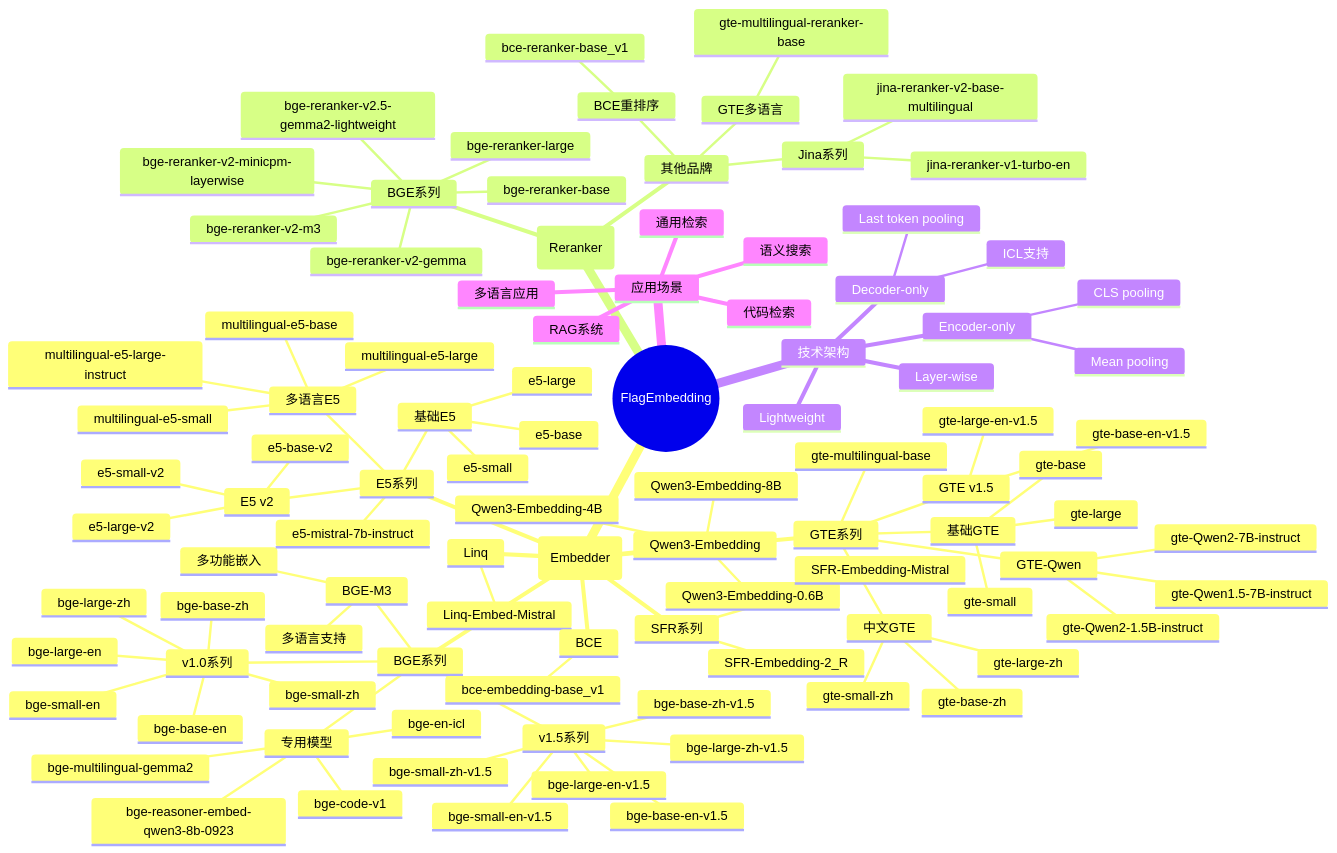
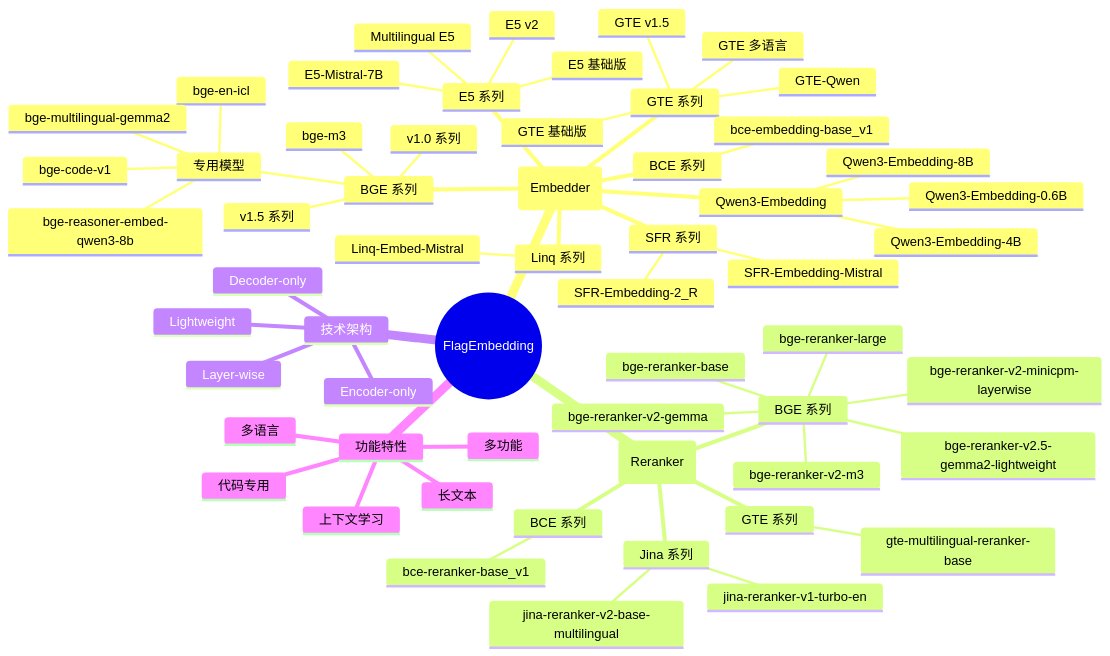
The first of 3 diagrams in ReadCode/08_model_survey.md (liangrui/FlagEmbedding), drawn with Mermaid before and after one commit. The commit also changed other lines of this file and 5 other files, not shown here.

````diff
--- a/ReadCode/08_model_survey.md
+++ b/ReadCode/08_model_survey.md
@@ -10,101 +53,60 @@
 mindmap
   root((FlagEmbedding))
     嵌入模型(Embedder)
-      BGE系列
-        v1.0系列
-          bge-large-en
-          bge-base-en
-          bge-small-en
-          bge-large-zh
-          bge-base-zh
-          bge-small-zh
-        v1.5系列
-          bge-large-en-v1.5
-          bge-base-en-v1.5
-          bge-small-en-v1.5
-          bge-large-zh-v1.5
-          bge-base-zh-v1.5
-          bge-small-zh-v1.5
-        BGE-M3
-          多功能嵌入
-          多语言支持
+      BGE 系列
+        bge-m3
+        v1.5 系列
+        v1.0 系列
         专用模型
           bge-code-v1
+          bge-en-icl
           bge-multilingual-gemma2
-          bge-en-icl
-          bge-reasoner-embed-qwen3-8b-0923
+          bge-reasoner-embed-qwen3-8b
       Qwen3-Embedding
         Qwen3-Embedding-0.6B
         Qwen3-Embedding-4B
         Qwen3-Embedding-8B
-      E5系列
-        基础E5
-          e5-large
-          e5-base
-          e5-small
+      E5 系列
+        E5 基础版
         E5 v2
-          e5-large-v2
-          e5-base-v2
-          e5-small-v2
-        多语言E5
-          multilingual-e5-large
-          multilingual-e5-base
-          multilingual-e5-small
-          multilingual-e5-large-instruct
-        e5-mistral-7b-instruct
-      GTE系列
-        基础GTE
-          gte-large
-          gte-base
-          gte-small
+        E5-Mistral-7B
+        Multilingual E5
+      GTE 系列
+        GTE 基础版
+        GTE-Qwen
         GTE v1.5
-          gte-large-en-v1.5
-          gte-base-en-v1.5
-        中文GTE
-          gte-large-zh
-          gte-base-zh
-          gte-small-zh
-        GTE-Qwen
-          gte-Qwen2-7B-instruct
-          gte-Qwen2-1.5B-instruct
-          gte-Qwen1.5-7B-instruct
-        gte-multilingual-base
-      SFR系列
+        GTE 多语言
+      SFR 系列
         SFR-Embedding-Mistral
         SFR-Embedding-2_R
-      Linq
+      Linq 系列
         Linq-Embed-Mistral
-      BCE
+      BCE 系列
         bce-embedding-base_v1
     重排序模型(Reranker)
-      BGE系列
+      BGE 系列
         bge-reranker-base
         bge-reranker-large
         bge-reranker-v2-m3
         bge-reranker-v2-gemma
         bge-reranker-v2-minicpm-layerwise
         bge-reranker-v2.5-gemma2-lightweight
-      其他品牌
-        Jina系列
-          jina-reranker-v2-base-multilingual
-          jina-reranker-v1-turbo-en
-        GTE多语言
-          gte-multilingual-reranker-base
-        BCE重排序
-          bce-reranker-base_v1
+      Jina 系列
+        jina-reranker-v2-base-multilingual
+        jina-reranker-v1-turbo-en
+      GTE 系列
+        gte-multilingual-reranker-base
+      BCE 系列
+        bce-reranker-base_v1
     技术架构
       Encoder-only
-        CLS pooling
-        Mean pooling
       Decoder-only
-        Last token pooling
-        ICL支持
       Layer-wise
       Lightweight
-    应用场景
-      通用检索
-      多语言应用
-      代码检索
-      RAG系统
-      语义搜索
+    功能特性
+      多语言
+      多功能
+      长文本
+      代码专用
+      上下文学习
 ```
````
